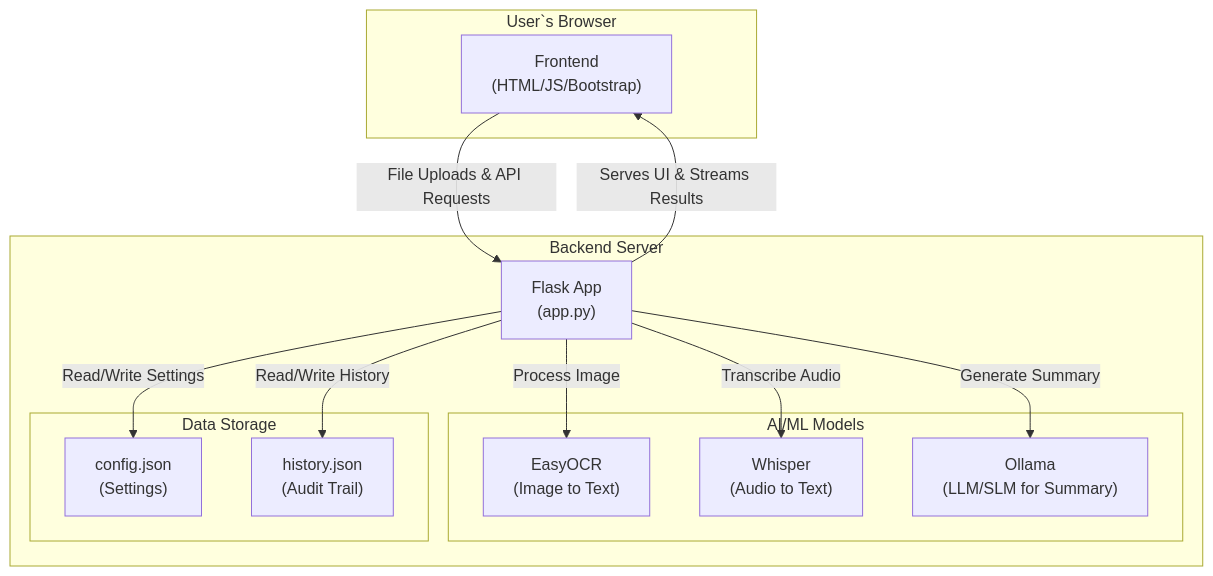
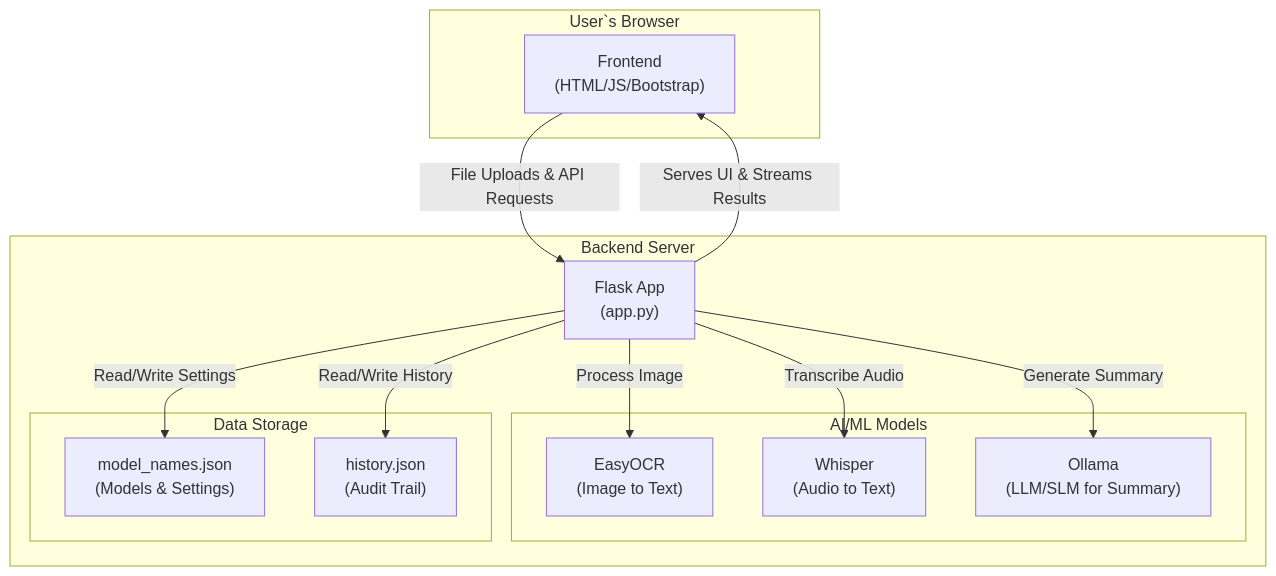
Before and after one commit to arunaj-1989/ISPAnalysers: the diagram in README.md, drawn with Mermaid. The commit also changed other lines of this file, not shown here.

````diff
--- a/README.md
+++ b/README.md
@@ -27,29 +27,29 @@
 ```mermaid
 graph TD
     subgraph "User`s Browser"
         A["Frontend <br> (HTML/JS/Bootstrap)"]
     end
 
     subgraph "Backend Server"
         B["Flask App <br> (app.py)"]
         
         subgraph "AI/ML Models"
             C["EasyOCR <br> (Image to Text)"]
             D["Whisper <br> (Audio to Text)"]
             E["Ollama <br> (LLM/SLM for Summary)"]
         end
 
         subgraph "Data Storage"
-            F["config.json <br> (Settings)"]
+            F["model_names.json <br> (Models & Settings)"]
             G["history.json <br> (Audit Trail)"]
         end
     end
 
     A -- "File Uploads & API Requests" --> B
     B -- "Process Image" --> C
     B -- "Transcribe Audio" --> D
     B -- "Generate Summary" --> E
     B -- "Read/Write Settings" --> F
     B -- "Read/Write History" --> G
     B -- "Serves UI & Streams Results" --> A
 ```
````
